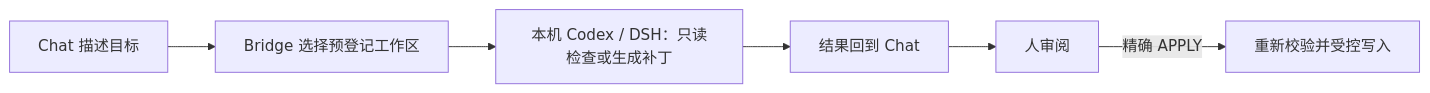
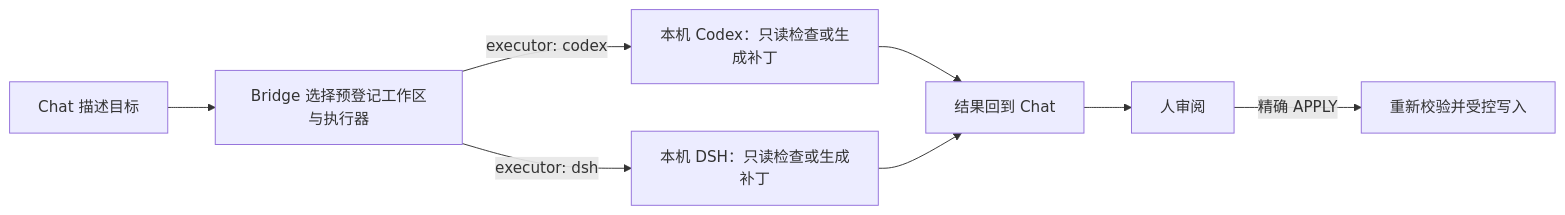
The diagram in README.md (Aelfa13/chat-work-bridge), drawn with Mermaid before and after one commit. The commit also changed other lines of this file and 1 other file, not shown here.

Commit message:
docs: present Codex and DSH as parallel executors

````diff
--- a/README.md
+++ b/README.md
@@ -17,8 +17,10 @@
 ```mermaid
 flowchart LR
-    A[Chat 描述目标] --> B[Bridge 选择预登记工作区]
-    B --> C[本机 Codex / DSH：只读检查或生成补丁]
-    C --> D[结果回到 Chat]
+    A[Chat 描述目标] --> B[Bridge 选择预登记工作区与执行器]
+    B -->|executor: codex| C1[本机 Codex：只读检查或生成补丁]
+    B -->|executor: dsh| C2[本机 DSH：只读检查或生成补丁]
+    C1 --> D[结果回到 Chat]
+    C2 --> D
     D --> E[人审阅]
     E -->|精确 APPLY| F[重新校验并受控写入]
 ```
````
